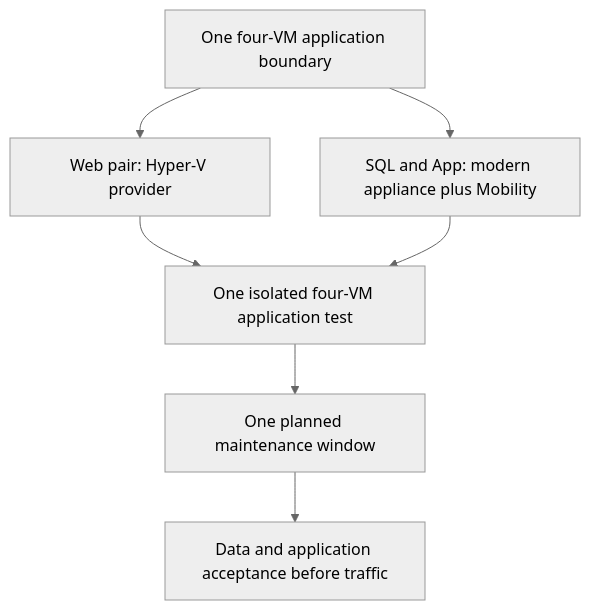
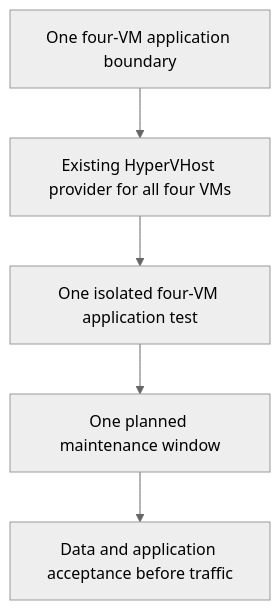
Before and after one commit to JBibbs19/azure-migrate-workshop: the first of 2 diagrams in docs/Module-3-Agent-Based-Migration.md, drawn with Mermaid (neutral theme). The commit also changed other lines of this file and 15 other files, not shown here.

````diff
--- a/docs/Module-3-Agent-Based-Migration.md
+++ b/docs/Module-3-Agent-Based-Migration.md
@@ -90,9 +93,7 @@
 ```mermaid
 flowchart TD
-    Scope[One four-VM application boundary] --> Web[Web pair: Hyper-V provider]
-    Scope --> Data[SQL and App: modern appliance plus Mobility]
-    Web --> Test[One isolated four-VM application test]
-    Data --> Test
+    Scope[One four-VM application boundary] --> Host[Existing HyperVHost provider for all four VMs]
+    Host --> Test[One isolated four-VM application test]
     Test --> Window[One planned maintenance window]
     Window --> Validate[Data and application acceptance before traffic]
 ```
````
